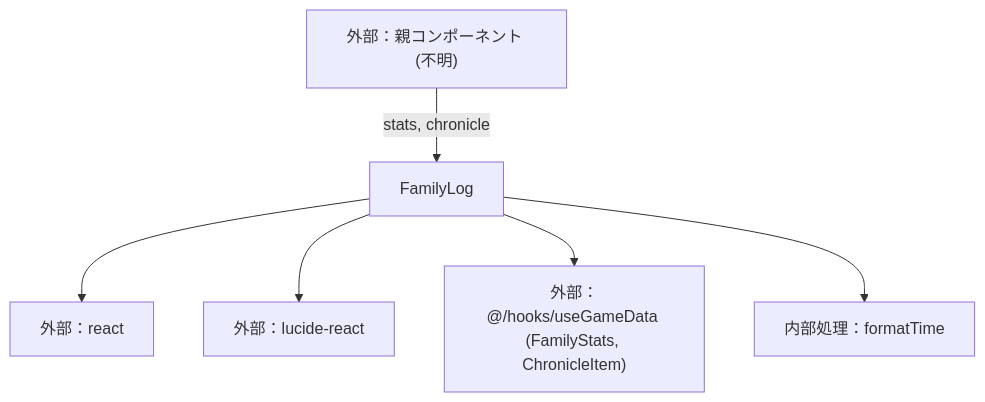
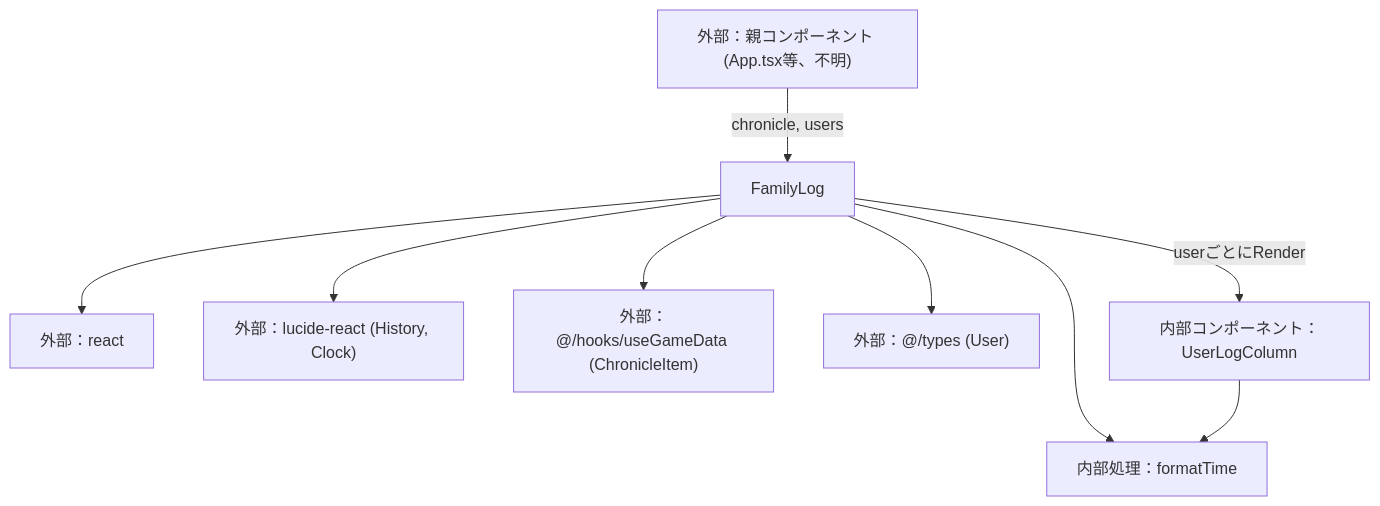
Before and after one commit to mmtigers/my_python_project: the second of 2 diagrams in docs/specifications/family-quest/src/features/family/components/FamilyLog.md, drawn with Mermaid. The commit also changed other lines of this file and 65 other files, not shown here.

````diff
--- a/docs/specifications/family-quest/src/features/family/components/FamilyLog.md
+++ b/docs/specifications/family-quest/src/features/family/components/FamilyLog.md
@@ -104,9 +140,12 @@
 ```mermaid
 graph TD
-    ParentComponent["外部：親コンポーネント (不明)"] -->|stats, chronicle| FamilyLog
+    ParentComponent["外部：親コンポーネント (App.tsx等、不明)"] -->|chronicle, users| FamilyLog
     FamilyLog --> React["外部：react"]
-    FamilyLog --> LucideReact["外部：lucide-react"]
-    FamilyLog --> GameDataTypes["外部：@/hooks/useGameData (FamilyStats, ChronicleItem)"]
+    FamilyLog --> LucideReact["外部：lucide-react (History, Clock)"]
+    FamilyLog --> GameDataTypes["外部：@/hooks/useGameData (ChronicleItem)"]
+    FamilyLog --> UserType["外部：@/types (User)"]
     FamilyLog --> FormatTime["内部処理：formatTime"]
+    FamilyLog -->|userごとにRender| UserLogColumn["内部コンポーネント：UserLogColumn"]
+    UserLogColumn --> FormatTime
 
 ```
````
